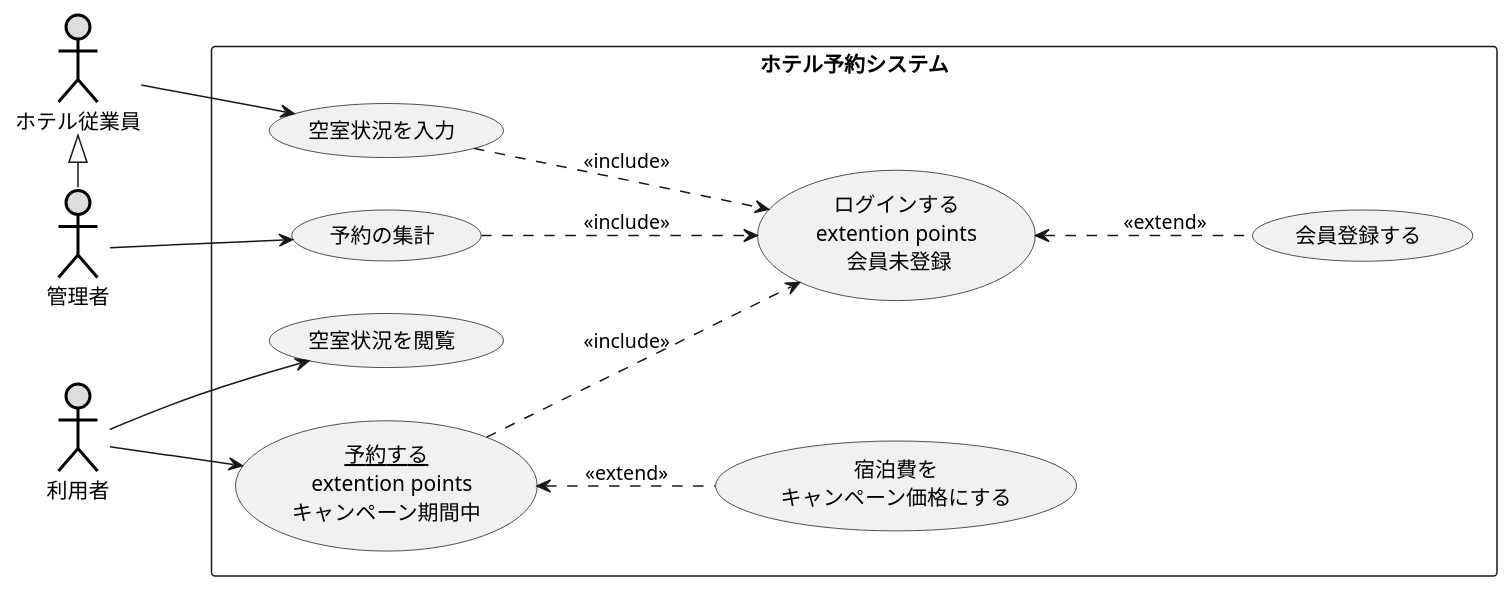
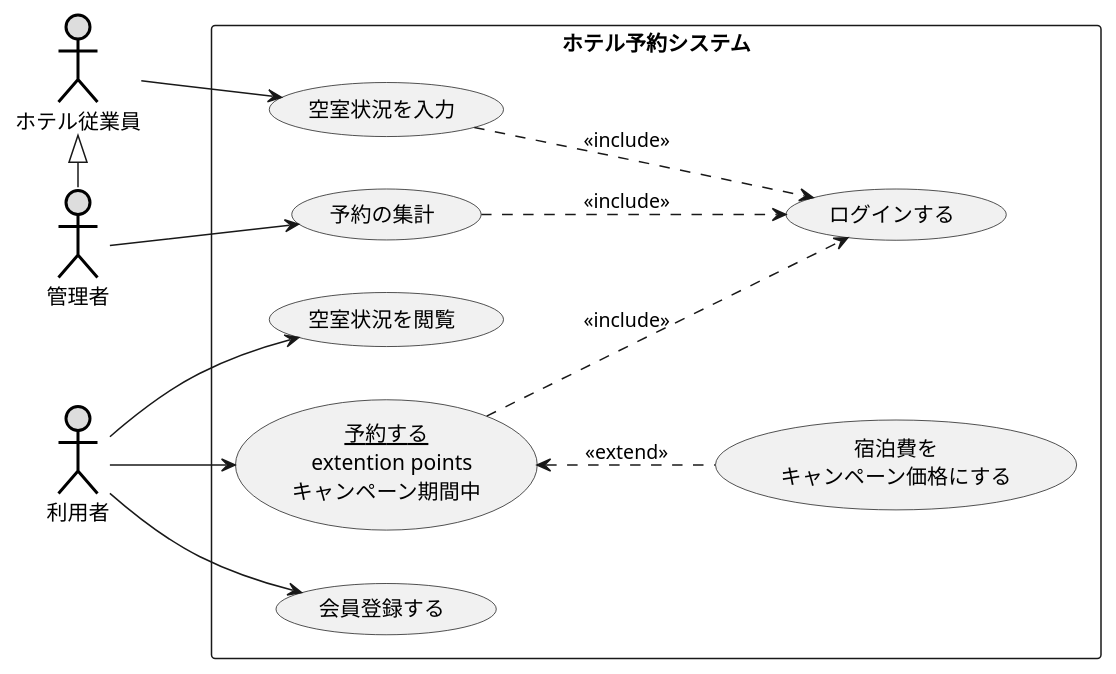
The diagram in 2/演習2-8_UC_ホテル予約システム.pu (chibachibaibu2003/laughing-carnival), drawn with PlantUML before and after one commit.

Commit message:
演習2-8の訂正

```diff
--- a/2/演習2-8_UC_ホテル予約システム.pu
+++ b/2/演習2-8_UC_ホテル予約システム.pu
@@ -1,25 +1,25 @@
 @startuml ユースケース図
     left to right direction
     actor ホテル従業員#DDDDDD;line:black;line.bold;
     actor 管理者#DDDDDD;line:black;line.bold;
     actor 利用者#DDDDDD;line:black;line.bold;
     rectangle ホテル予約システム{
         usecase (空室状況を閲覧) as text1
         usecase (<u>予約する</u>\n  extention points\nキャンペーン期間中) as text2
         usecase (予約の集計) as text3
-        usecase (ログインする\n extention points \n 会員未登録) as text4 
+        usecase (ログインする) as text4 
         usecase (空室状況を入力) as text5
         usecase (宿泊費を\nキャンペーン価格にする) as text6
         usecase (会員登録する) as text7
     }
     ホテル従業員<|-管理者
     利用者-->text1
     利用者-->text2
     text2 ..>text4:<<include>>
     text2<..text6: <<extend>>
-    text4<..text7:<<extend>>
     管理者-->text3
+    利用者-->text7
     text3 ..>text4:<<include>>
     text5 ..>text4:<<include>>
     ホテル従業員-->text5
 @enduml
```
